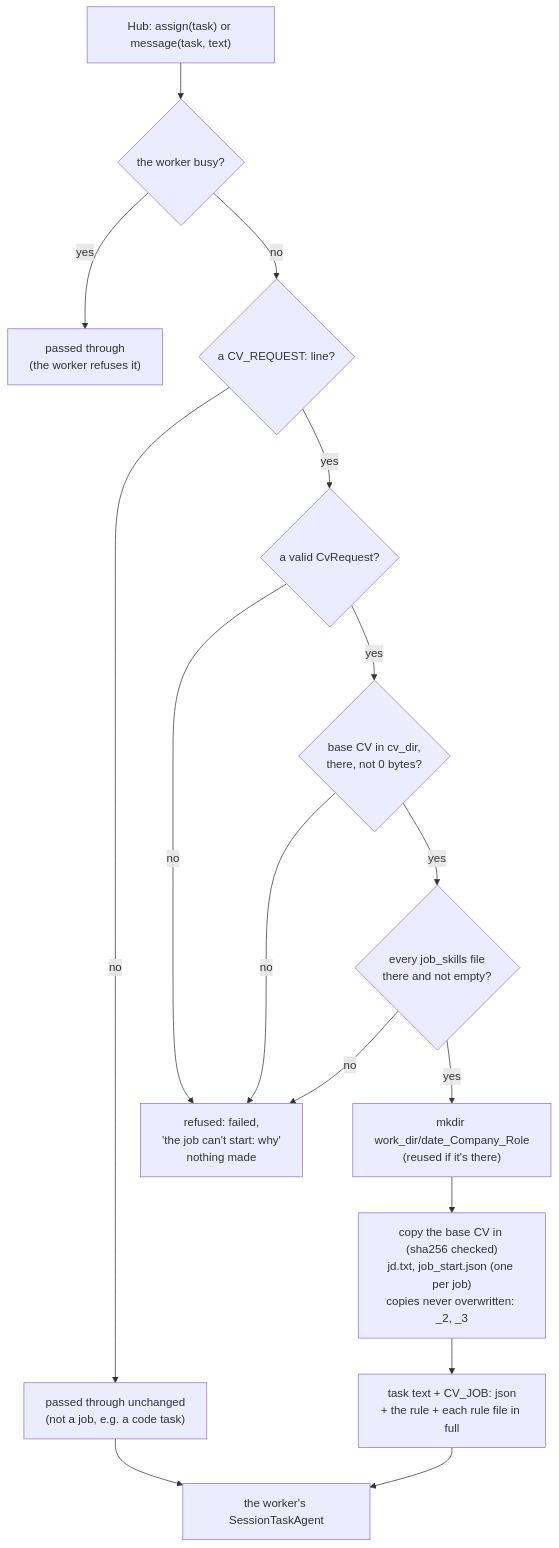
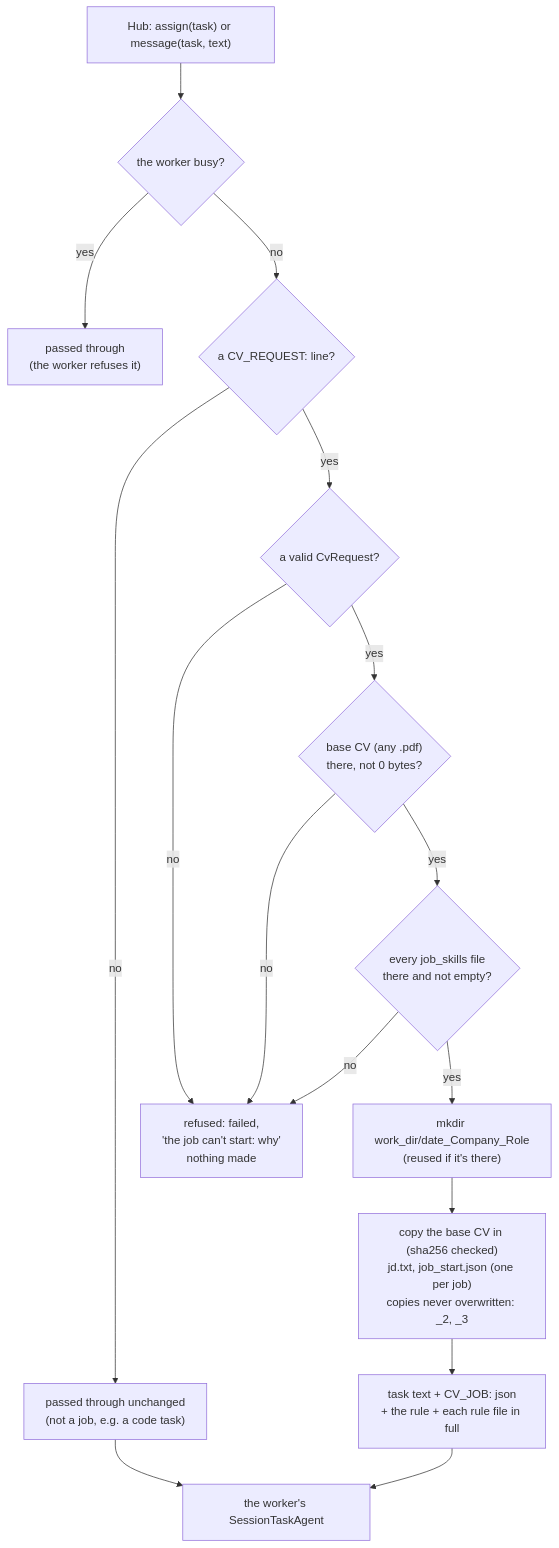
The fourth of 9 diagrams in src/assistant/modules/cv/docs/architecture.md (sharramon/AI_Assistant), drawn with Mermaid before and after one commit. The commit also changed other lines of this file and 39 other files, not shown here.

````diff
--- a/src/assistant/modules/cv/docs/architecture.md
+++ b/src/assistant/modules/cv/docs/architecture.md
@@ -224,27 +224,27 @@
 ```mermaid
 flowchart TB
   a0["Hub: assign(task) or message(task, text)"]
   a1{"the worker busy?"}
   a2["passed through<br/>(the worker refuses it)"]
   a3{"a CV_REQUEST: line?"}
   a4["passed through unchanged<br/>(not a job, e.g. a code task)"]
   a5{"a valid CvRequest?"}
-  p0{"base CV in cv_dir,<br/>there, not 0 bytes?"}
+  p0{"base CV (any .pdf)<br/>there, not 0 bytes?"}
   p1{"every job_skills file<br/>there and not empty?"}
   p2["mkdir work_dir/date_Company_Role<br/>(reused if it's there)"]
   p3["copy the base CV in (sha256 checked)<br/>jd.txt, job_start.json (one per job)<br/>copies never overwritten: _2, _3"]
   p4["task text + CV_JOB: json<br/>+ the rule + each rule file in full"]
   w0["the worker's SessionTaskAgent"]
   no["refused: failed,<br/>'the job can't start: why'<br/>nothing made"]
   a0 --> a1
   a1 -- yes --> a2
   a1 -- no --> a3
   a3 -- no --> a4 --> w0
   a3 -- yes --> a5
   a5 -- no --> no
   a5 -- yes --> p0
   p0 -- no --> no
   p0 -- yes --> p1
   p1 -- no --> no
   p1 -- yes --> p2 --> p3 --> p4 --> w0
 ```
````
